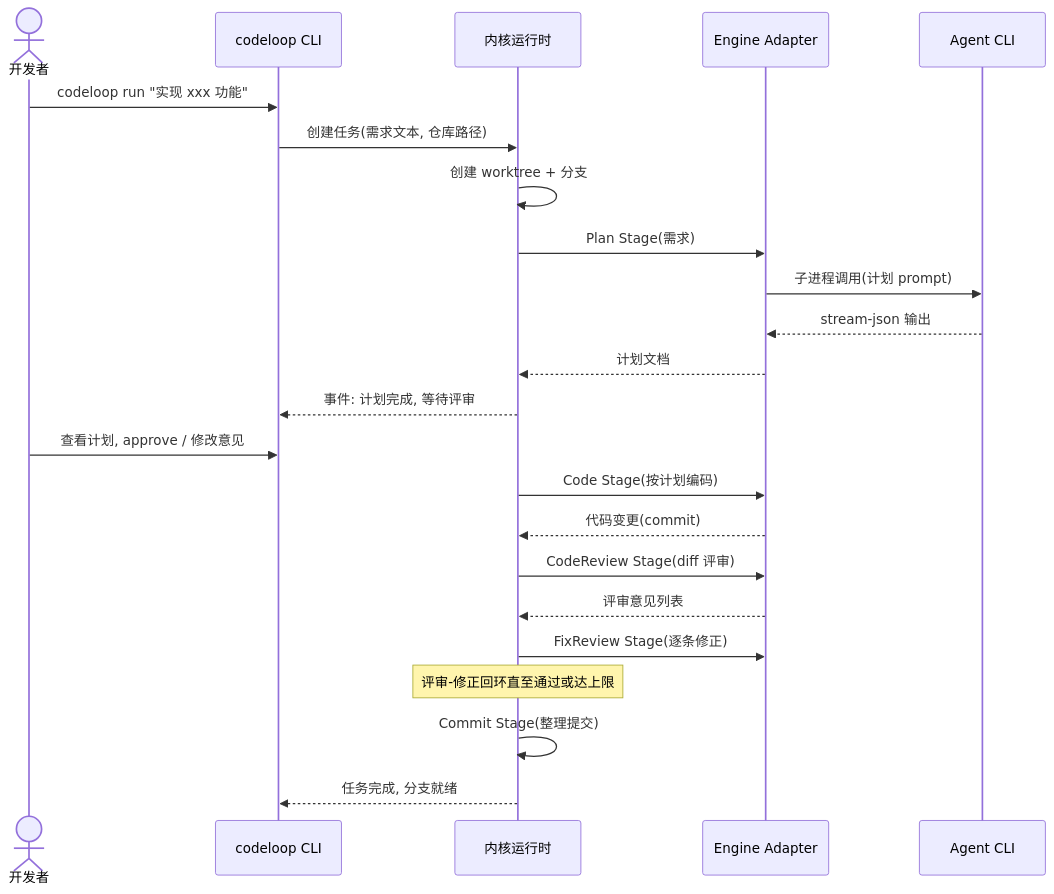
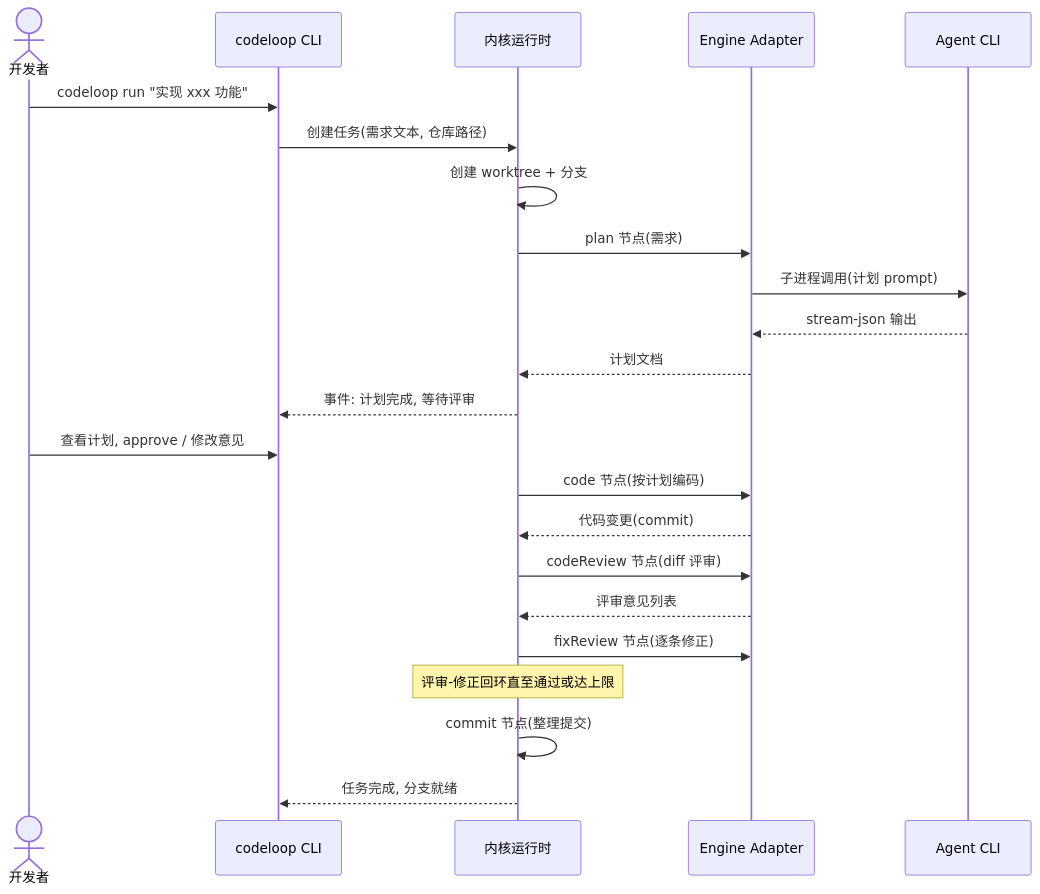
One commit to ddlqhd/dev-tools changed the second of 3 diagrams in docs/architecture.md. Above: the diagram before and after it, drawn with Mermaid. The commit also changed other lines of this file and 2 other files, not shown here.

````diff
--- a/docs/architecture.md
+++ b/docs/architecture.md
@@ -119,26 +119,26 @@
 ```mermaid
 sequenceDiagram
     actor Dev as 开发者
     participant CLI as codeloop CLI
     participant K as 内核运行时
     participant E as Engine Adapter
     participant A as Agent CLI
 
     Dev->>CLI: codeloop run "实现 xxx 功能"
     CLI->>K: 创建任务(需求文本, 仓库路径)
     K->>K: 创建 worktree + 分支
-    K->>E: Plan Stage(需求)
+    K->>E: plan 节点(需求)
     E->>A: 子进程调用(计划 prompt)
     A-->>E: stream-json 输出
     E-->>K: 计划文档
     K-->>CLI: 事件: 计划完成, 等待评审
     Dev->>CLI: 查看计划, approve / 修改意见
-    K->>E: Code Stage(按计划编码)
+    K->>E: code 节点(按计划编码)
     E-->>K: 代码变更(commit)
-    K->>E: CodeReview Stage(diff 评审)
+    K->>E: codeReview 节点(diff 评审)
     E-->>K: 评审意见列表
-    K->>E: FixReview Stage(逐条修正)
+    K->>E: fixReview 节点(逐条修正)
     Note over K: 评审-修正回环直至通过或达上限
-    K->>K: Commit Stage(整理提交)
+    K->>K: commit 节点(整理提交)
     K-->>CLI: 任务完成, 分支就绪
 ```
````
